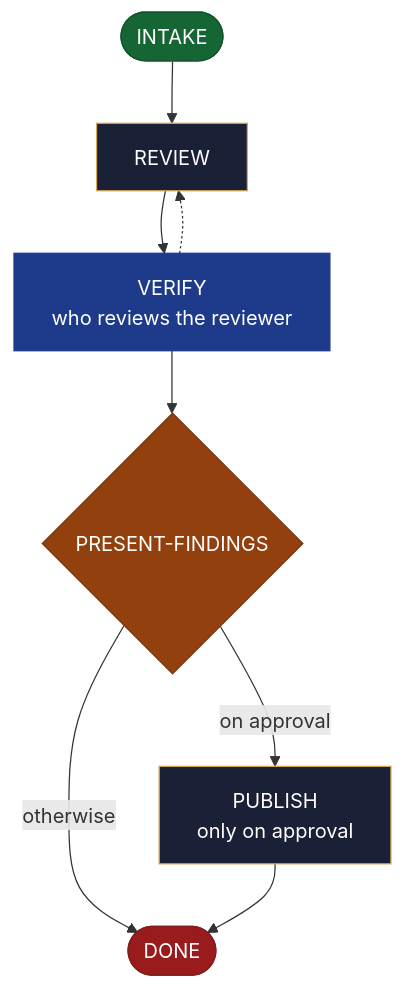
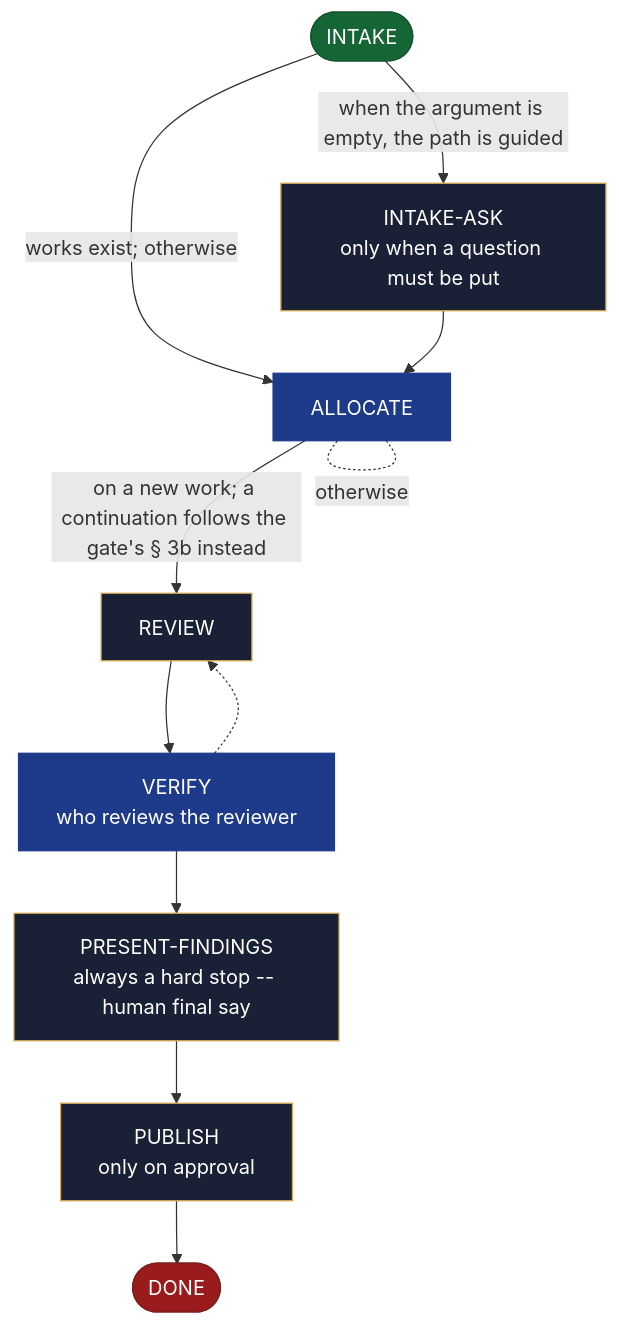
Before and after one commit to AndreVianna/aid-methodology: the diagram in site/src/content/docs/skills/aid-review.md, drawn with Mermaid. The commit also changed other lines of this file and 51 other files, not shown here.

First line of the commit message:
task-044: fix round (starter skills: hand-off ASK then HALT, INTAKE split into check + ask, PROPOSE-SPIKE step, one ASK target per PRESENT; site flow tests follow)

````diff
--- a/site/src/content/docs/skills/aid-review.md
+++ b/site/src/content/docs/skills/aid-review.md
@@ -20,34 +20,43 @@
 ```mermaid
 flowchart TB
   classDef aidNode color:#fff
   classDef aidEntry fill:#166534,stroke:#14532d,color:#fff
   classDef aidExit fill:#991b1b,stroke:#7f1d1d,color:#fff
   classDef aidDecision fill:#92400e,stroke:#78350f,color:#fff
   classDef aidLoopBack fill:#1e3a8a,stroke:#1e3a8a,color:#fff
   classDef aidStep fill:#1a2035,stroke:#d4a853,color:#f1f5f9
   n1(["INTAKE"])
-  n2["REVIEW"]
-  n3["VERIFY<br/>who reviews the reviewer"]
-  n4{"PRESENT-FINDINGS"}
-  n5["PUBLISH<br/>only on approval"]
-  n6(["DONE"])
-  n1 --> n2
+  n2["INTAKE-ASK<br/>only when a question must be put"]
+  n3["ALLOCATE"]
+  n4["REVIEW"]
+  n5["VERIFY<br/>who reviews the reviewer"]
+  n6["PRESENT-FINDINGS<br/>always a hard stop -- human final say"]
+  n7["PUBLISH<br/>only on approval"]
+  n8(["DONE"])
+  n1 -->|"when the argument is empty, the path is guided"| n2
+  n1 -->|"works exist; otherwise"| n3
   n2 --> n3
-  n3 -.-> n2
-  n3 --> n4
-  n4 -->|"on approval"| n5
-  n4 -->|"otherwise"| n6
+  n3 -. "otherwise" .- n3
+  n3 -->|"on a new work; a continuation follows the gate's § 3b instead"| n4
+  n4 --> n5
+  n5 -.-> n4
   n5 --> n6
+  n6 --> n7
+  n7 --> n8
   class n1 aidEntry
   class n2 aidStep
   class n3 aidLoopBack
-  class n4 aidDecision
-  class n5 aidStep
-  class n6 aidExit
+  class n4 aidStep
+  class n5 aidLoopBack
+  class n6 aidStep
+  class n7 aidStep
+  class n8 aidExit
   class n1 aidNode
   class n2 aidNode
   class n3 aidNode
   class n4 aidNode
   class n5 aidNode
   class n6 aidNode
+  class n7 aidNode
+  class n8 aidNode
 ```
````
